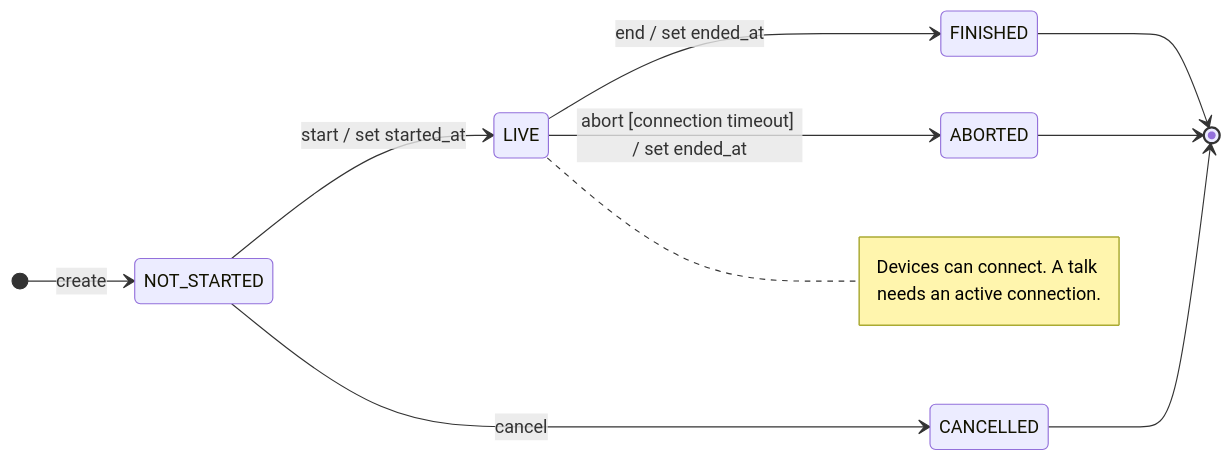
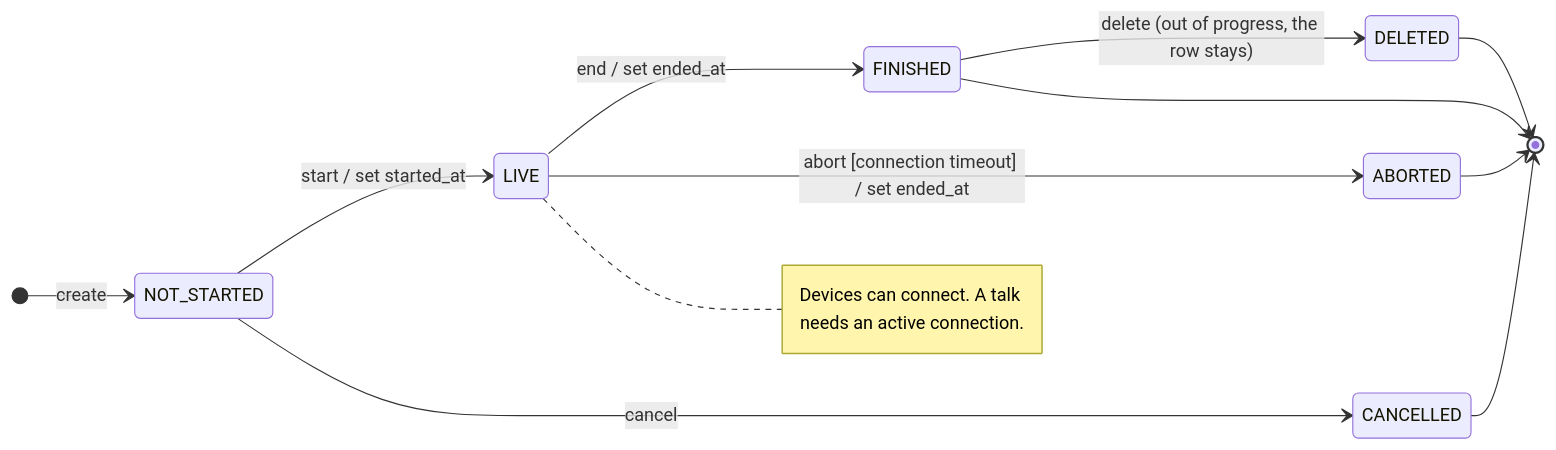
The first of 5 diagrams in Server/core/LogicGraphs.md (Slimeball12399/Pivot_expert_in_teams), drawn with Mermaid before and after one commit. The commit also changed 39 other files, not shown here.

````diff
--- a/Server/core/LogicGraphs.md
+++ b/Server/core/LogicGraphs.md
@@ -4,13 +4,15 @@
 ```mermaid
 stateDiagram-v2
     direction LR
     [*] --> NOT_STARTED : create
     NOT_STARTED --> LIVE : start / set started_at
     NOT_STARTED --> CANCELLED : cancel
     LIVE --> FINISHED : end / set ended_at
     LIVE --> ABORTED : abort [connection timeout] / set ended_at
+    FINISHED --> DELETED : delete (out of progress, the row stays)
     FINISHED --> [*]
+    DELETED --> [*]
     CANCELLED --> [*]
     ABORTED --> [*]
     note right of LIVE : Devices can connect. A talk needs an active connection.
 ```
````
